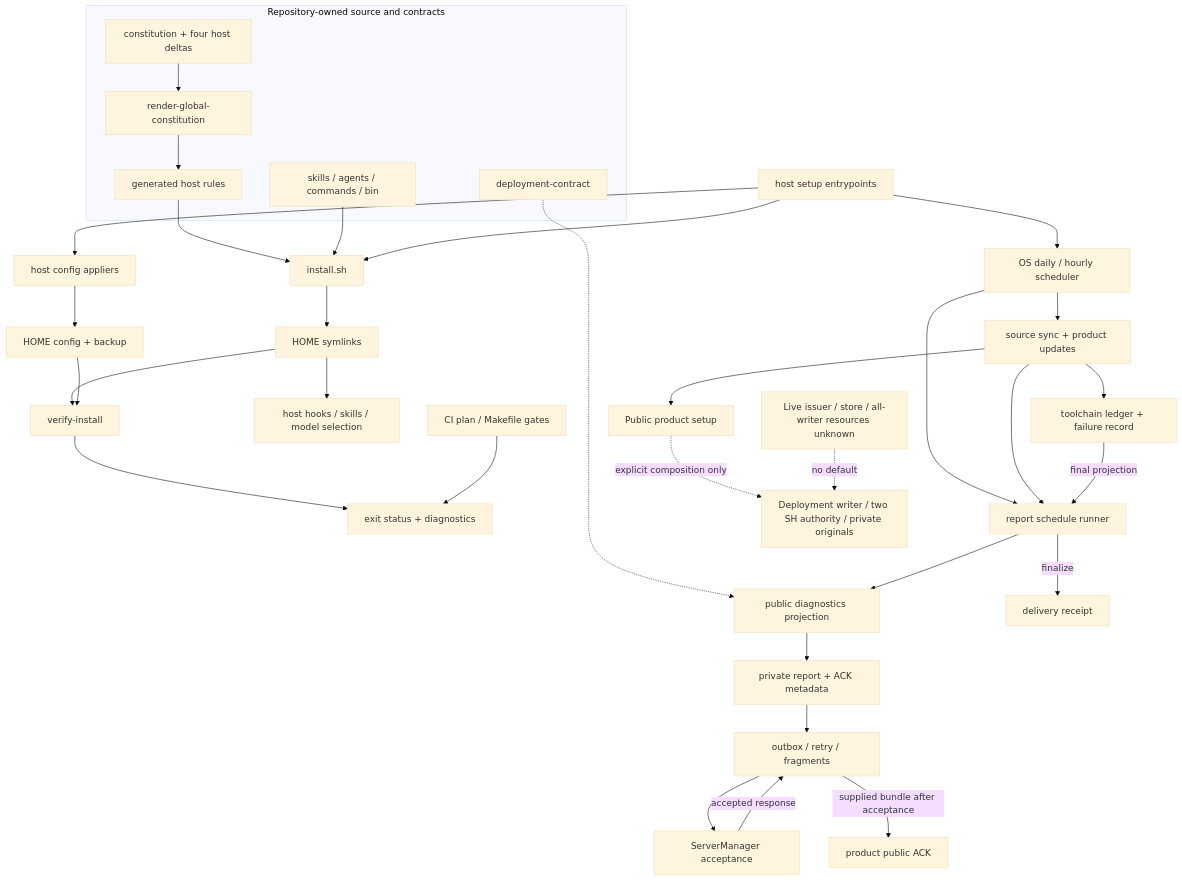
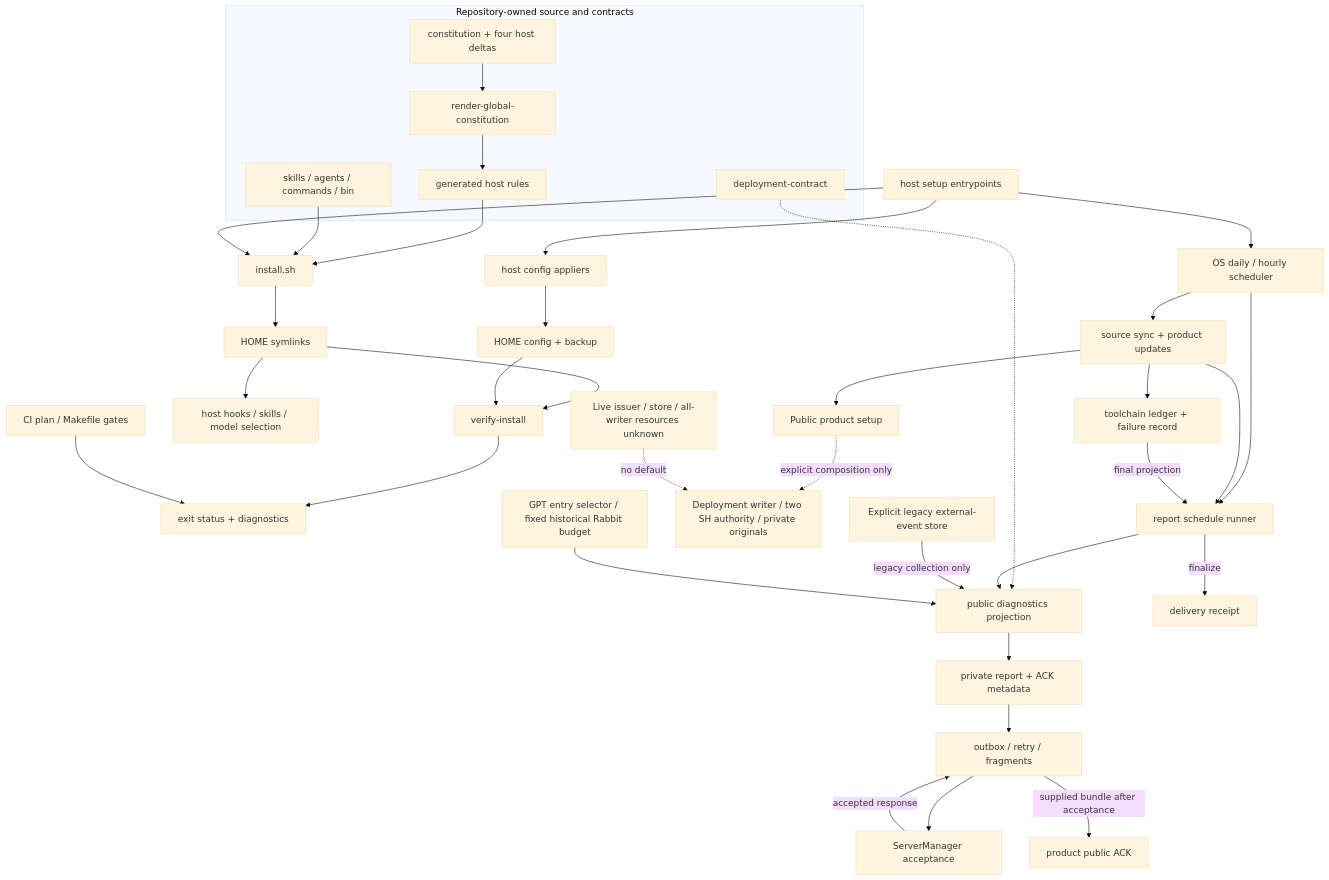
One commit to kitepon/dotagents changed the diagram in docs/feature-map/overview.mmd. Above: the diagram before and after it, drawn with Mermaid (base theme). The commit also changed 16 other files, not shown here.

Commit message:
docs: map external events observation gates and legacy runners

```diff
--- a/docs/feature-map/overview.mmd
+++ b/docs/feature-map/overview.mmd
@@ -1,37 +1,39 @@
 flowchart TB
   subgraph canonical[Repository-owned source and contracts]
     common[constitution + four host deltas]
     render[render-global-constitution]
     generated[generated host rules]
     assets[skills / agents / commands / bin]
     contract[deployment-contract]
   end
   common --> render --> generated
   generated --> install[install.sh]
   assets --> install
   setup[host setup entrypoints] --> install
   setup --> apply[host config appliers]
   apply --> config[HOME config + backup]
   install --> home[HOME symlinks]
   home --> verify[verify-install]
   config --> verify
   verify --> result[exit status + diagnostics]
   home --> session[host hooks / skills / model selection]
   setup --> sched[OS daily / hourly scheduler]
   sched --> update[source sync + product updates]
   sched --> runner[report schedule runner]
   update --> ledger[toolchain ledger + failure record]
   update --> runner
   contract -.-> scan[public diagnostics projection]
   runner --> scan
   update --> public[Public product setup]
   public -. explicit composition only .-> core[Deployment writer / two SH authority / private originals]
   unknown[Live issuer / store / all-writer resources unknown] -. no default .-> core
   scan --> state[private report + ACK metadata]
   state --> outbox[outbox / retry / fragments]
   outbox --> server[ServerManager acceptance]
   server -- accepted response --> outbox
   outbox -- supplied bundle after acceptance --> ack[product public ACK]
   runner -- finalize --> receipt[delivery receipt]
   ledger -- final projection --> runner
   ci[CI plan / Makefile gates] --> result
+  external[Explicit legacy external-event store] -- legacy collection only --> scan
+  observation[GPT entry selector / fixed historical Rabbit budget] --> scan
```
